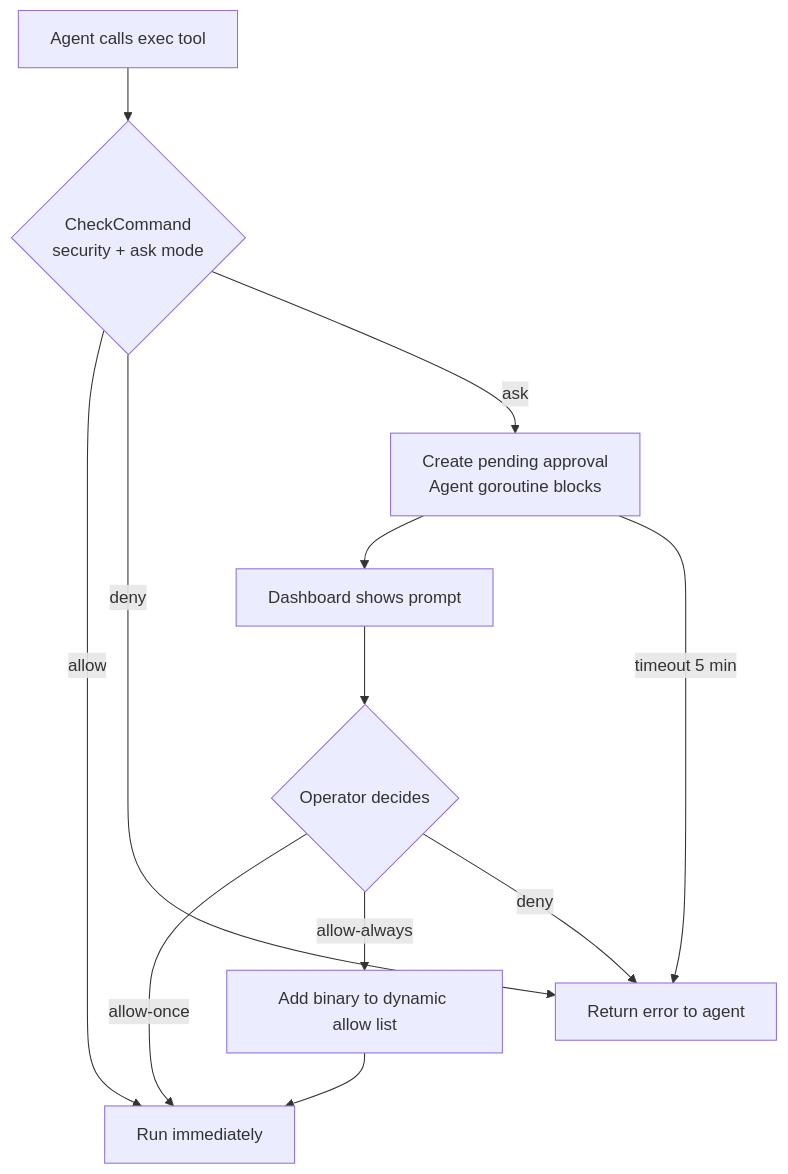
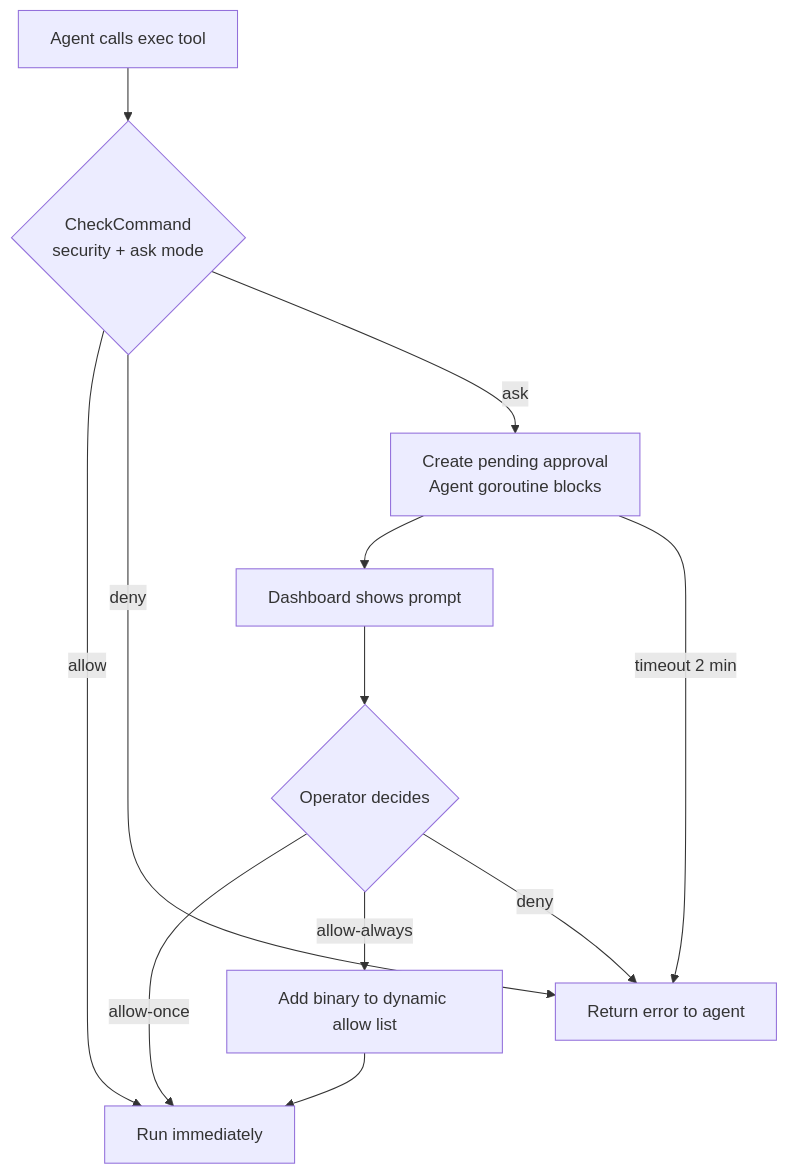
The diagram in advanced/exec-approval.md (nextlevelbuilder/goclaw-docs), drawn with Mermaid before and after one commit. The commit also changed other lines of this file and 29 other files, not shown here.

````diff
--- a/advanced/exec-approval.md
+++ b/advanced/exec-approval.md
@@ -66,13 +66,13 @@
 ```mermaid
 flowchart TD
     A["Agent calls exec tool"] --> B{"CheckCommand\nsecurity + ask mode"}
     B -->|allow| C["Run immediately"]
     B -->|deny| D["Return error to agent"]
     B -->|ask| E["Create pending approval\nAgent goroutine blocks"]
     E --> F["Dashboard shows prompt"]
     F --> G{"Operator decides"}
     G -->|allow-once| C
     G -->|allow-always| H["Add binary to dynamic allow list"] --> C
     G -->|deny| D
-    E -->|timeout 5 min| D
+    E -->|timeout 2 min| D
 ```
````
